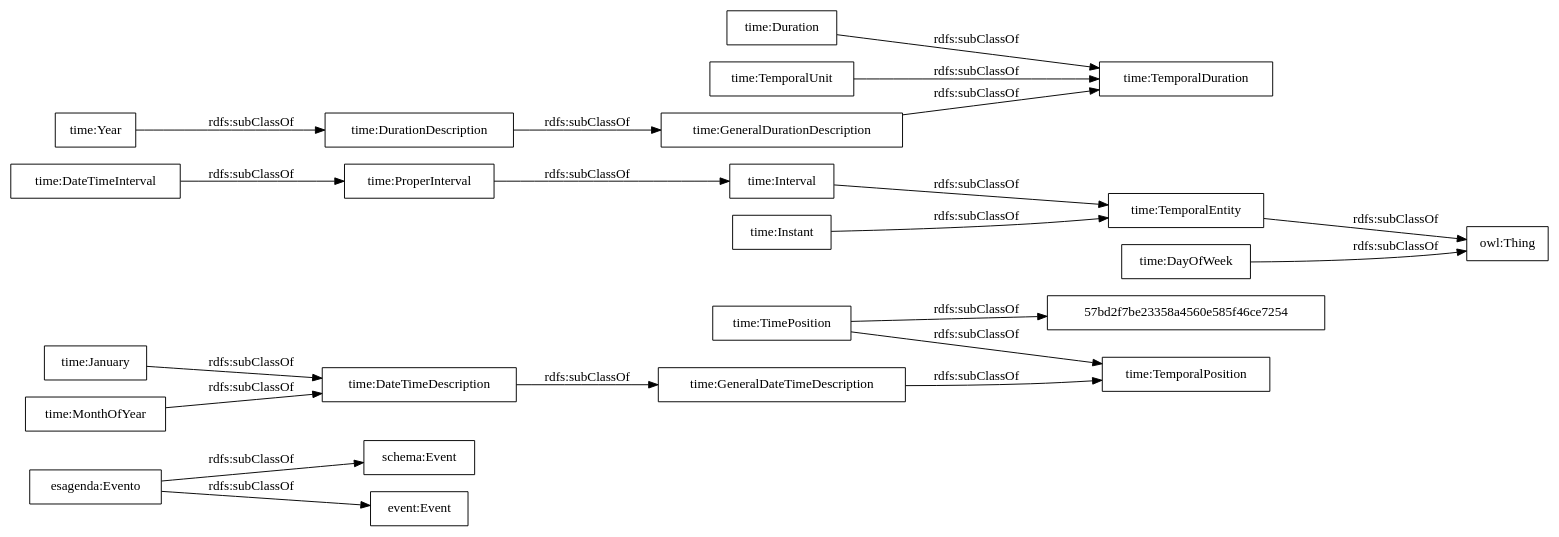
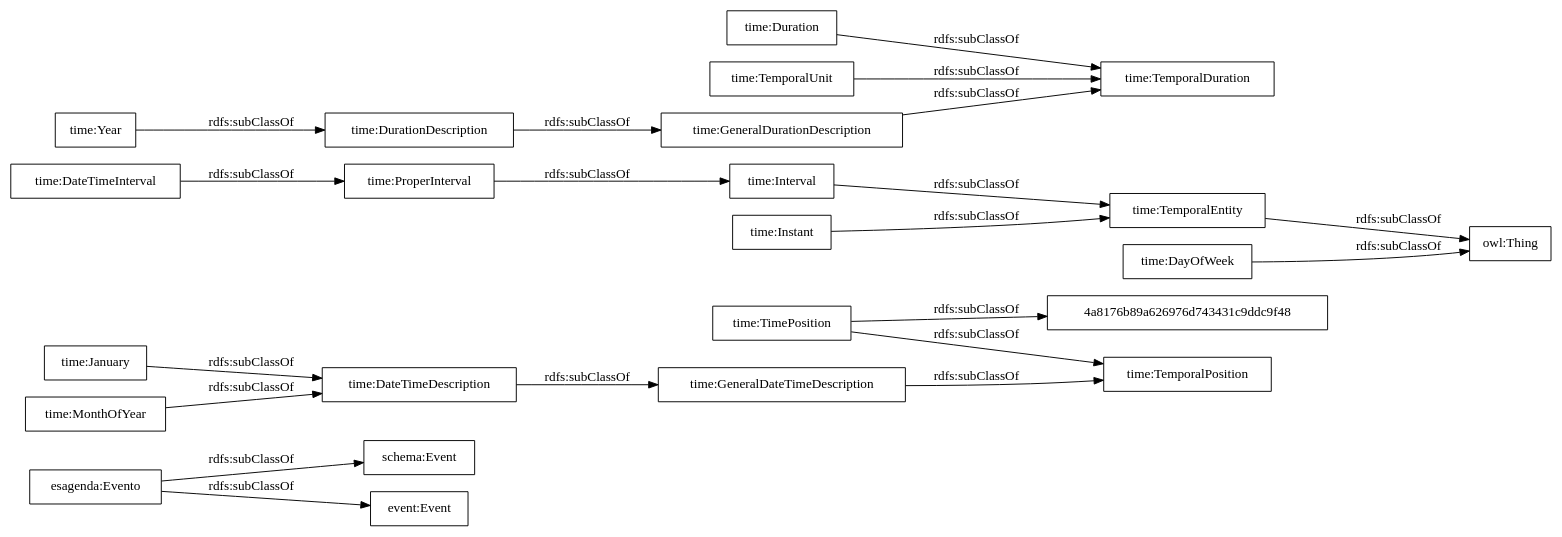
Before and after one commit to ma-garcia/visualization: the diagram in OnToology/cultura-ocio-agenda-eventos-actividades/agenda.owl/diagrams/ar2dtool-taxonomy/agenda.owl.png.dot, drawn with Graphviz. The commit also changed 21 other files, not shown here.

```diff
--- a/OnToology/cultura-ocio-agenda-eventos-actividades/agenda.owl/diagrams/ar2dtool-taxonomy/agenda.owl.png.dot
+++ b/OnToology/cultura-ocio-agenda-eventos-actividades/agenda.owl/diagrams/ar2dtool-taxonomy/agenda.owl.png.dot
@@ -1,25 +1,25 @@
 digraph ar2dtool_diagram { 
 rankdir=LR;
 size="1000"
-node [shape = rectangle, color="black"]; "esagenda:Evento" "schema:Event" "event:Event" "time:GeneralDateTimeDescription" "time:DateTimeInterval" "time:DurationDescription" "time:TemporalDuration" "time:Duration" "time:GeneralDurationDescription" "time:January" "time:ProperInterval" "time:TimePosition" "57bd2f7be23358a4560e585f46ce7254" "time:TemporalPosition" "time:Interval" "time:TemporalEntity" "time:Year" "time:MonthOfYear" "time:DateTimeDescription" "time:TemporalUnit" "time:Instant" "time:DayOfWeek" ; /*classes style*/
+node [shape = rectangle, color="black"]; "esagenda:Evento" "schema:Event" "event:Event" "time:GeneralDateTimeDescription" "time:DateTimeInterval" "time:DurationDescription" "4a8176b89a626976d743431c9ddc9f48" "time:TemporalDuration" "time:Duration" "time:GeneralDurationDescription" "time:January" "time:ProperInterval" "time:TimePosition" "time:TemporalPosition" "time:Interval" "time:TemporalEntity" "time:Year" "time:MonthOfYear" "time:DateTimeDescription" "time:TemporalUnit" "time:Instant" "time:DayOfWeek" ; /*classes style*/
 	"time:TemporalEntity" -> "owl:Thing" [ label = "rdfs:subClassOf" ];
 	"time:DateTimeInterval" -> "time:ProperInterval" [ label = "rdfs:subClassOf" ];
 	"time:DayOfWeek" -> "owl:Thing" [ label = "rdfs:subClassOf" ];
 	"time:TemporalUnit" -> "time:TemporalDuration" [ label = "rdfs:subClassOf" ];
 	"time:Year" -> "time:DurationDescription" [ label = "rdfs:subClassOf" ];
 	"time:Interval" -> "time:TemporalEntity" [ label = "rdfs:subClassOf" ];
 	"time:MonthOfYear" -> "time:DateTimeDescription" [ label = "rdfs:subClassOf" ];
 	"time:GeneralDurationDescription" -> "time:TemporalDuration" [ label = "rdfs:subClassOf" ];
 	"time:GeneralDateTimeDescription" -> "time:TemporalPosition" [ label = "rdfs:subClassOf" ];
 	"time:DateTimeDescription" -> "time:GeneralDateTimeDescription" [ label = "rdfs:subClassOf" ];
 	"time:DurationDescription" -> "time:GeneralDurationDescription" [ label = "rdfs:subClassOf" ];
-	"time:TimePosition" -> "57bd2f7be23358a4560e585f46ce7254" [ label = "rdfs:subClassOf" ];
+	"time:TimePosition" -> "4a8176b89a626976d743431c9ddc9f48" [ label = "rdfs:subClassOf" ];
 	"time:TimePosition" -> "time:TemporalPosition" [ label = "rdfs:subClassOf" ];
 	"time:January" -> "time:DateTimeDescription" [ label = "rdfs:subClassOf" ];
 	"time:ProperInterval" -> "time:Interval" [ label = "rdfs:subClassOf" ];
 	"time:Instant" -> "time:TemporalEntity" [ label = "rdfs:subClassOf" ];
 	"esagenda:Evento" -> "schema:Event" [ label = "rdfs:subClassOf" ];
 	"esagenda:Evento" -> "event:Event" [ label = "rdfs:subClassOf" ];
 	"time:Duration" -> "time:TemporalDuration" [ label = "rdfs:subClassOf" ];
 
 }
```
